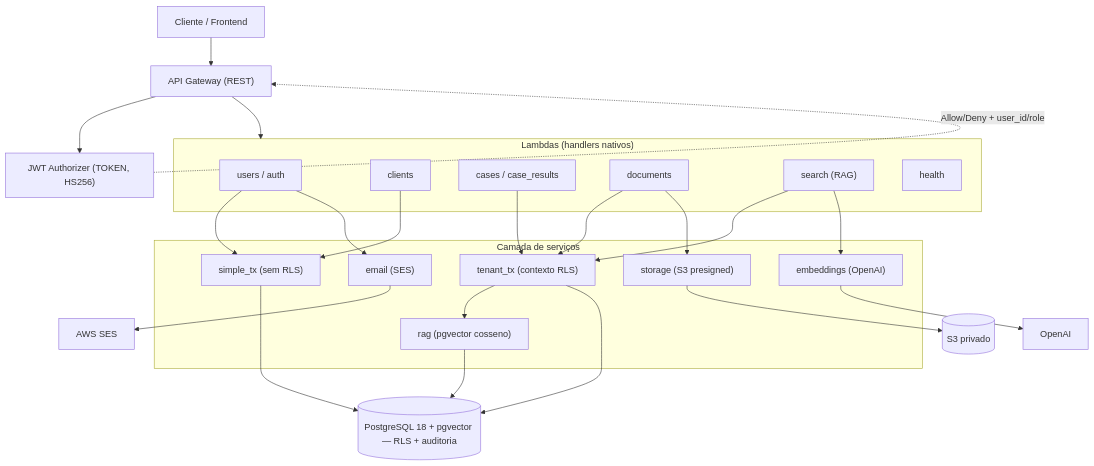
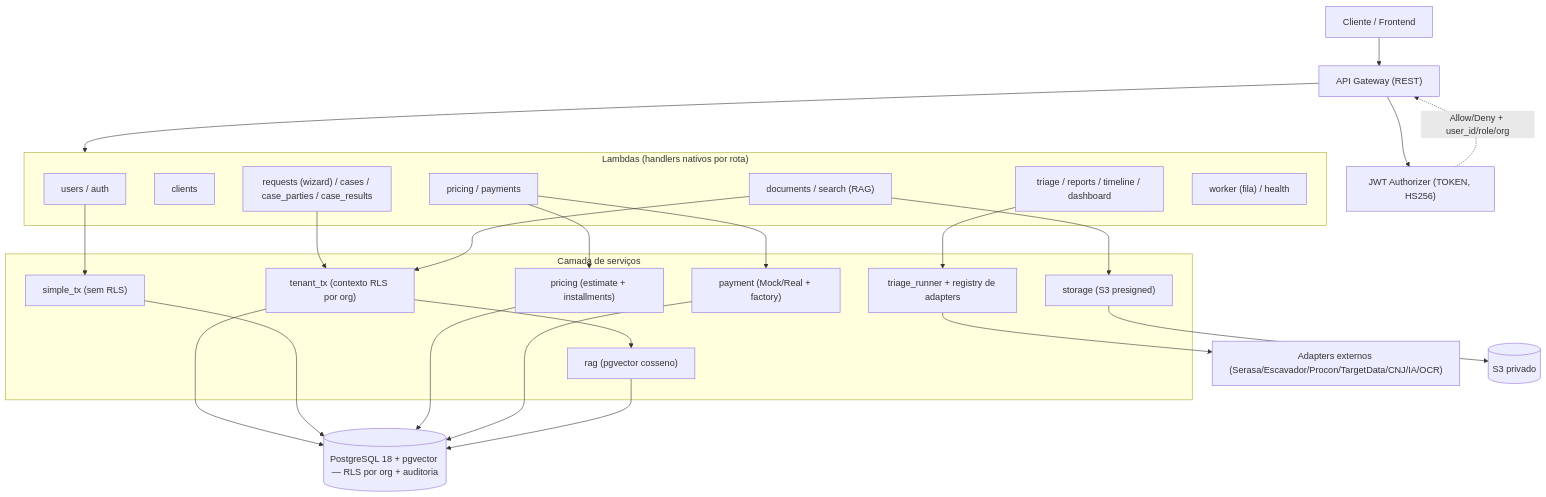
The first of 2 diagrams in README.md (FernandoPeralta199x/LEGALTECH-CONTRATO-VISTO---QUORYA), drawn with Mermaid before and after one commit. The commit also changed other lines of this file, not shown here.

First line of the commit message:
docs(readme): atualiza para o estado multi-tenant + produto completo

````diff
--- a/README.md
+++ b/README.md
@@ -33,41 +52,43 @@
 ```mermaid
 flowchart TD
     Client["Cliente / Frontend"] --> APIGW["API Gateway (REST)"]
     APIGW --> AUTHZ["JWT Authorizer (TOKEN, HS256)"]
-    AUTHZ -. Allow/Deny + user_id/role .-> APIGW
+    AUTHZ -. Allow/Deny + user_id/role/org .-> APIGW
 
-    subgraph Handlers["Lambdas (handlers nativos)"]
+    subgraph Handlers["Lambdas (handlers nativos por rota)"]
         H1["users / auth"]
         H2["clients"]
-        H3["cases / case_results"]
-        H4["documents"]
-        H5["search (RAG)"]
-        H6["health"]
+        H3["requests (wizard) / cases / case_parties / case_results"]
+        H4["pricing / payments"]
+        H5["triage / reports / timeline / dashboard"]
+        H6["documents / search (RAG)"]
+        H7["worker (fila) / health"]
     end
     APIGW --> Handlers
 
     subgraph Services["Camada de serviços"]
-        TX["tenant_tx (contexto RLS)"]
+        TX["tenant_tx (contexto RLS por org)"]
         STX["simple_tx (sem RLS)"]
+        PRI["pricing (estimate + installments)"]
+        PAY["payment (Mock/Real + factory)"]
+        TRI["triage_runner + registry de adapters"]
+        RAG["rag (pgvector cosseno)"]
         ST["storage (S3 presigned)"]
-        EM["email (SES)"]
-        EMB["embeddings (OpenAI)"]
-        RAG["rag (pgvector cosseno)"]
     end
 
     H3 --> TX
-    H4 --> TX
-    H5 --> TX --> RAG
+    H4 --> PRI
+    H4 --> PAY
+    H5 --> TRI
+    H6 --> TX --> RAG
+    H6 --> ST
     H1 --> STX
-    H2 --> STX
-    H4 --> ST
-    H1 --> EM
-    H5 --> EMB
 
-    TX --> DB[("PostgreSQL 18 + pgvector — RLS + auditoria")]
+    TRI --> EXT["Adapters externos (Serasa/Escavador/Procon/TargetData/CNJ/IA/OCR)"]
+    TX --> DB[("PostgreSQL 18 + pgvector — RLS por org + auditoria")]
     STX --> DB
+    PRI --> DB
+    PAY --> DB
     RAG --> DB
     ST --> S3[("S3 privado")]
-    EM --> SES["AWS SES"]
-    EMB --> OAI["OpenAI"]
 ```
````
